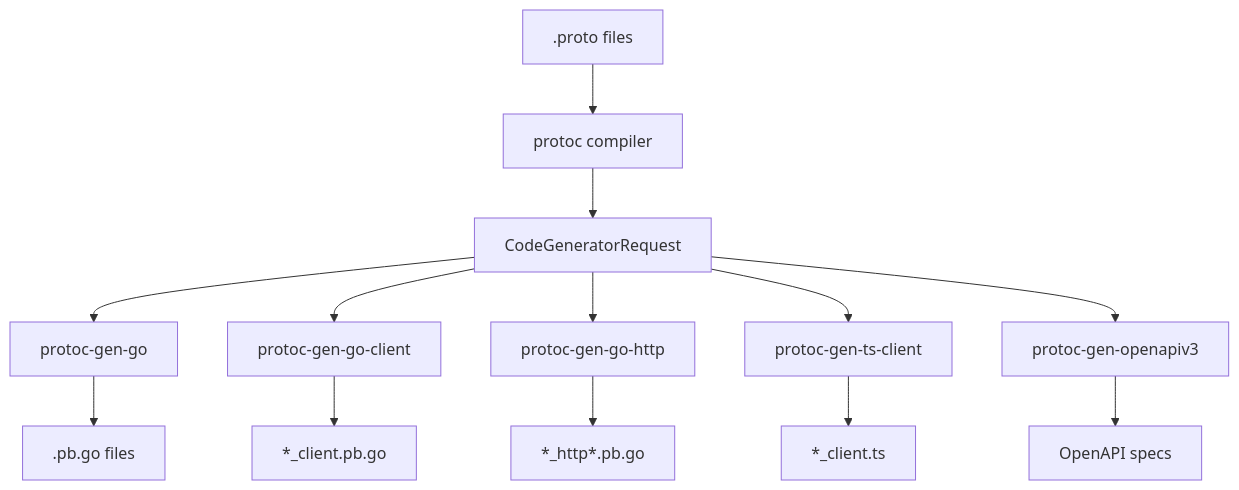
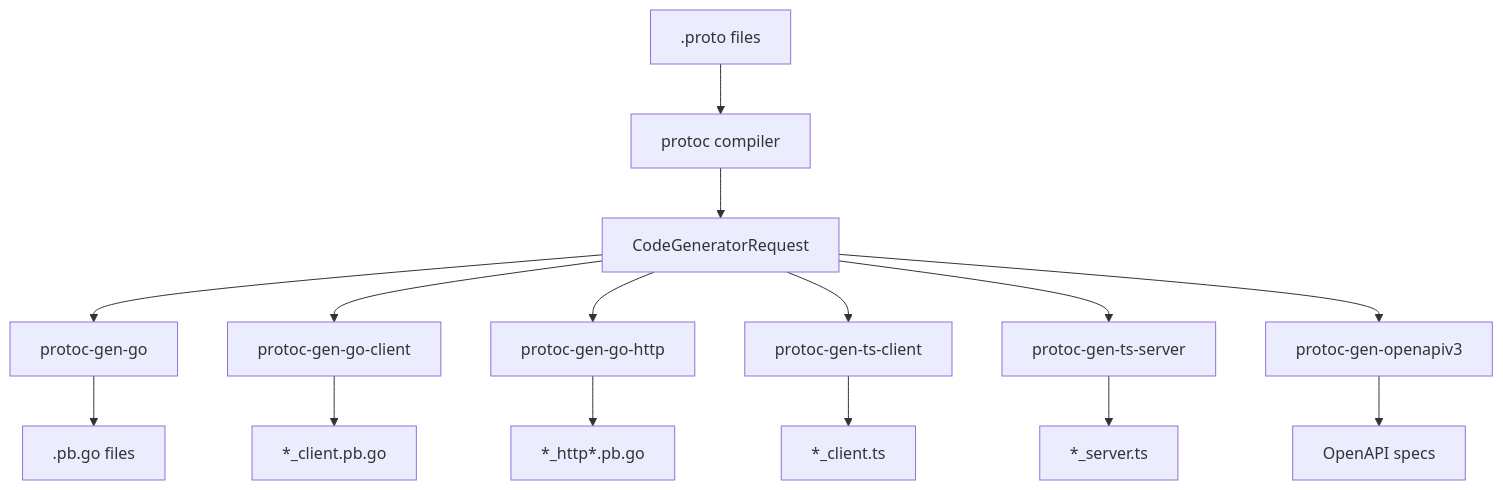
The diagram in docs/architecture.md (SebastienMelki/sebuf), drawn with Mermaid before and after one commit. The commit also changed other lines of this file and 57 other files, not shown here.

````diff
--- a/docs/architecture.md
+++ b/docs/architecture.md
@@ -82,16 +83,18 @@
 ```mermaid
 graph TD
     A[.proto files] --> B[protoc compiler]
     B --> C[CodeGeneratorRequest]
     C --> D[protoc-gen-go]
     C --> E[protoc-gen-go-client]
     C --> F[protoc-gen-go-http]
     C --> G[protoc-gen-ts-client]
+    C --> G2[protoc-gen-ts-server]
     C --> H[protoc-gen-openapiv3]
 
     D --> I[.pb.go files]
     E --> J[*_client.pb.go]
     F --> K[*_http*.pb.go]
     G --> L[*_client.ts]
+    G2 --> L2[*_server.ts]
     H --> M[OpenAPI specs]
 ```
````
